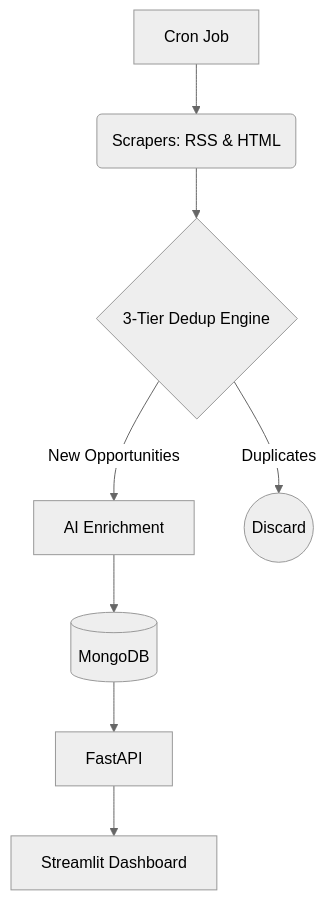
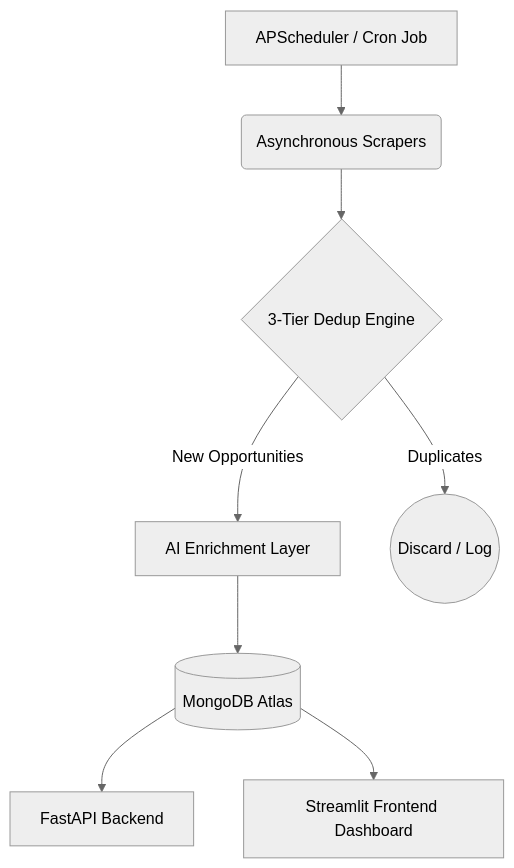
The diagram in README.md (singhuday26/Alfaleus_Assignment_3), drawn with Mermaid (neutral theme) before and after one commit. The commit also changed other lines of this file, not shown here.

````diff
--- a/README.md
+++ b/README.md
@@ -13,10 +40,10 @@
 ```mermaid
 graph TD
-    A[Cron Job] --> B(Scrapers: RSS & HTML)
+    A[APScheduler / Cron Job] --> B(Asynchronous Scrapers)
     B --> C{3-Tier Dedup Engine}
-    C -->|New Opportunities| D[AI Enrichment]
-    C -->|Duplicates| X((Discard))
-    D --> E[(MongoDB)]
-    E --> F[FastAPI]
-    F --> G[Streamlit Dashboard]
+    C -->|New Opportunities| D[AI Enrichment Layer]
+    C -->|Duplicates| X((Discard / Log))
+    D --> E[(MongoDB Atlas)]
+    E --> F[FastAPI Backend]
+    E --> G[Streamlit Frontend Dashboard]
 ```
````
